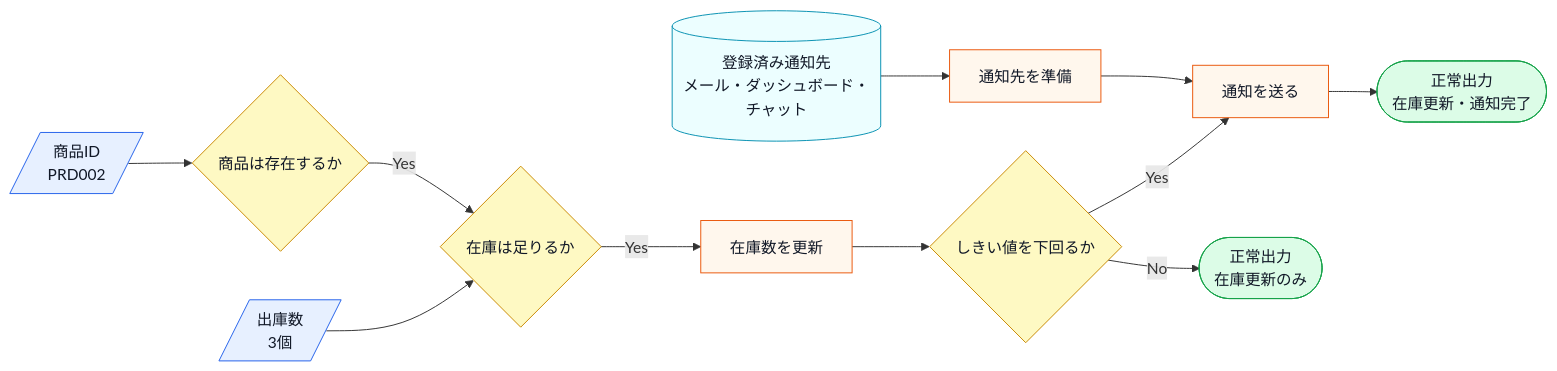
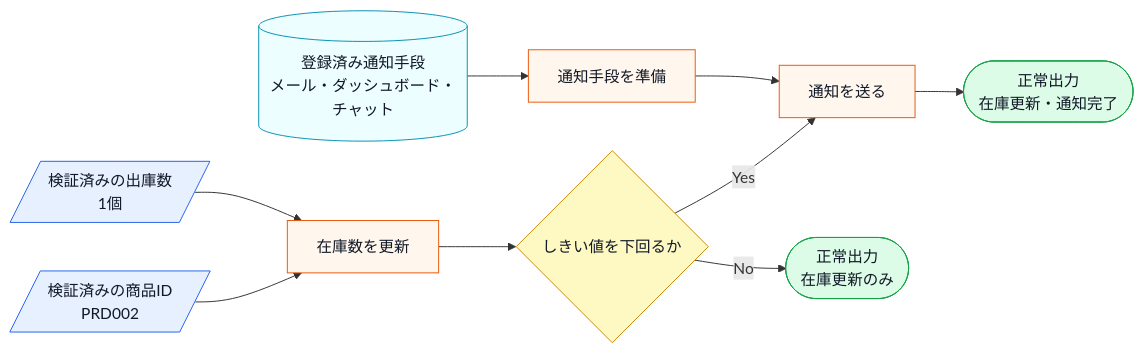
The second of 12 diagrams in kindle/design-patterns/output/chapter07.md (kumachan1101-pixel/DesignPattern), drawn with Mermaid before and after one commit. The commit also changed other lines of this file and 21 other files, not shown here.

````diff
--- a/kindle/design-patterns/output/chapter07.md
+++ b/kindle/design-patterns/output/chapter07.md
@@ -67,19 +67,17 @@
 ```mermaid
 flowchart LR
-    A[/商品ID<br>PRD002/]:::input --> B{商品は存在するか}:::decision
-    C[/出庫数<br>3個/]:::input --> D{在庫は足りるか}:::decision
-    E[(登録済み通知先<br>メール・ダッシュボード・チャット)]:::data --> F[通知先を準備]:::process
-    B -->|Yes| D
-    D -->|Yes| G[在庫数を更新]:::process
+    A[/検証済みの商品ID<br>PRD002/]:::input --> G[在庫数を更新]:::process
+    C[/検証済みの出庫数<br>1個/]:::input --> G
+    E[(登録済み通知手段<br>メール・ダッシュボード・チャット)]:::data --> F[通知手段を準備]:::process
     G --> H{しきい値を下回るか}:::decision
     H -->|Yes| I[通知を送る]:::process
     F --> I
     H -->|No| J([正常出力<br>在庫更新のみ]):::normal
     I --> K([正常出力<br>在庫更新・通知完了]):::normal
 
     classDef data fill:#ecfeff,stroke:#0891b2,color:#111827;
     classDef input fill:#e7f0ff,stroke:#2563eb,color:#111827;
     classDef process fill:#fff7ed,stroke:#ea580c,color:#111827;
     classDef decision fill:#fef9c3,stroke:#ca8a04,color:#111827;
     classDef normal fill:#dcfce7,stroke:#16a34a,color:#111827;
 ```
````
